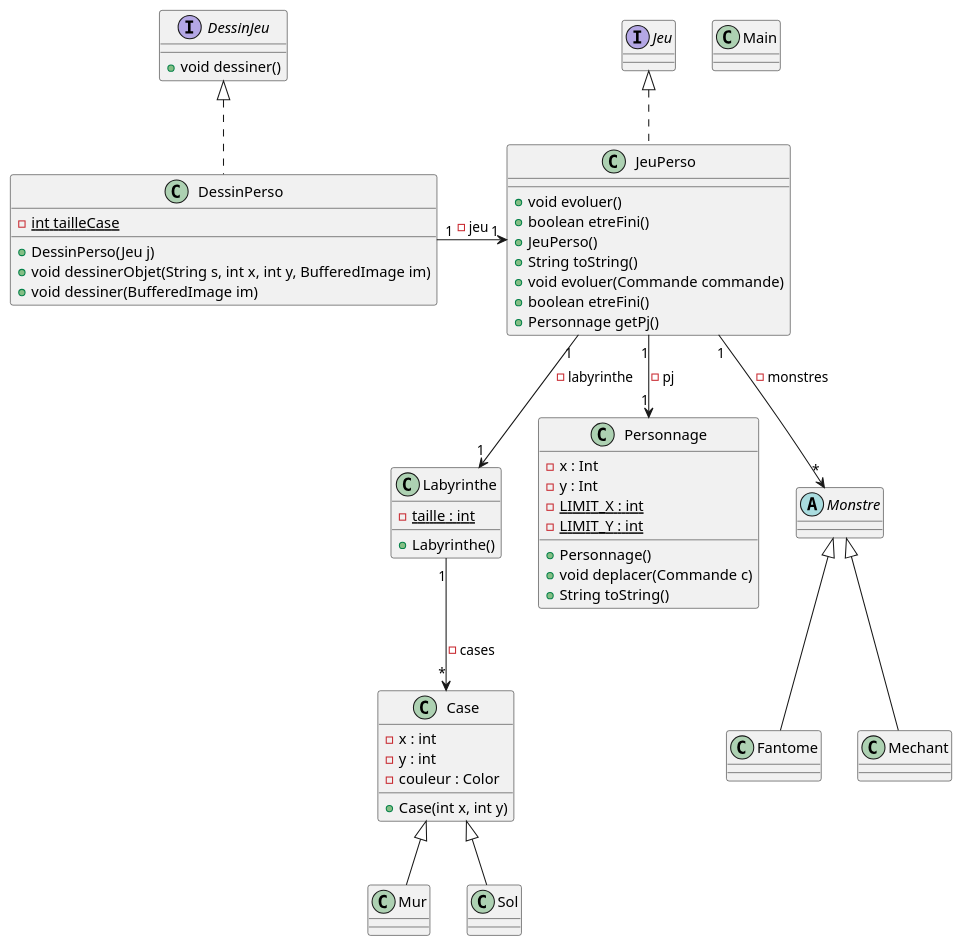
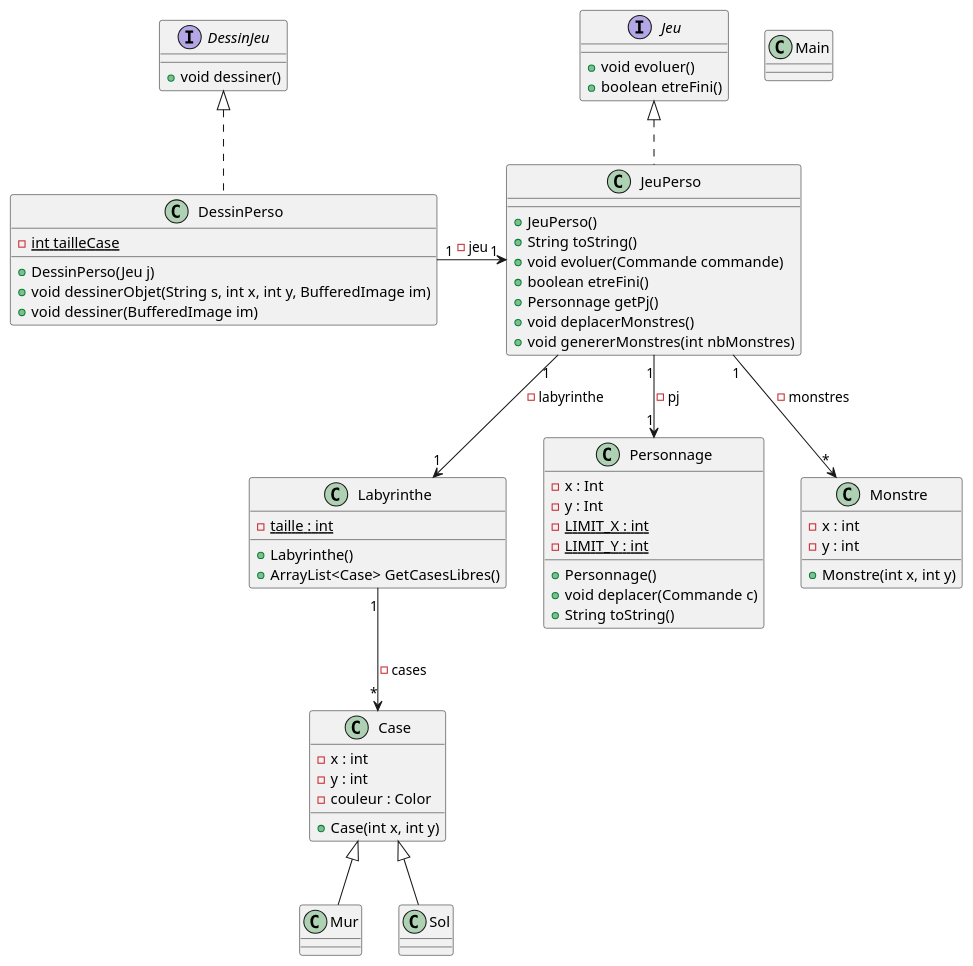
Before and after one commit to MichelGrolet/2d-game: the diagram in documents/version3/diagramme.puml, drawn with PlantUML.

Commit message:
diagramme

```diff
--- a/documents/version3/diagramme.puml
+++ b/documents/version3/diagramme.puml
@@ -1,66 +1,69 @@
 @startuml
 
 class Main {}
 
 class Labyrinthe {
     - {static} taille : int
     + Labyrinthe()
+    + ArrayList<Case> GetCasesLibres()
 }
 Labyrinthe "1" --> "*" Case : - cases
 
 class Case {
     - x : int
     - y : int
     - couleur : Color
     + Case(int x, int y)
 }
 
 class Mur extends Case {}
 
 class Sol extends Case {}
 
 class Personnage {
     - x : Int
     - y : Int
     - {static} LIMIT_X : int
     - {static} LIMIT_Y : int
     + Personnage()
     + void deplacer(Commande c)
     + String toString()
 }
 
-abstract class Monstre {}
+class Monstre {
+    - x : int
+    - y : int
+    + Monstre(int x, int y)
+}
 
-class Fantome extends Monstre {}
-
-class Mechant extends Monstre {}
-
-interface JeuPerso {
+interface Jeu {
     + void evoluer()
     + boolean etreFini()
 }
 
 interface DessinJeu {
     + void dessiner()
 }
 
 class JeuPerso implements Jeu {
     + JeuPerso()
     + String toString()
     + void evoluer(Commande commande)
     + boolean etreFini()
     + Personnage getPj()
+    + void deplacerMonstres()
+    + void genererMonstres(int nbMonstres)
 }
 JeuPerso "1" --> "1" Labyrinthe : - labyrinthe
 JeuPerso "1" --> "1" Personnage : - pj
 JeuPerso "1" --> "*" Monstre : - monstres
 
 class DessinPerso implements DessinJeu {
     - {static} int tailleCase
     + DessinPerso(Jeu j)
     + void dessinerObjet(String s, int x, int y, BufferedImage im)
     + void dessiner(BufferedImage im)
 }
 DessinPerso "1" -> "1" JeuPerso : - jeu
 
 @enduml
```
